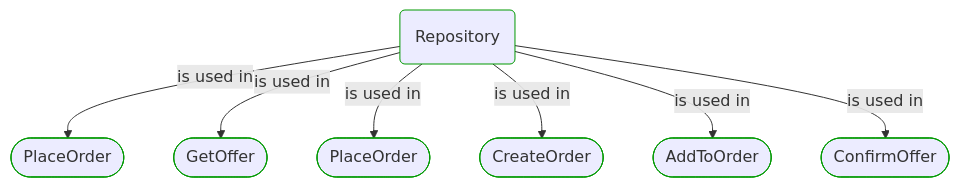
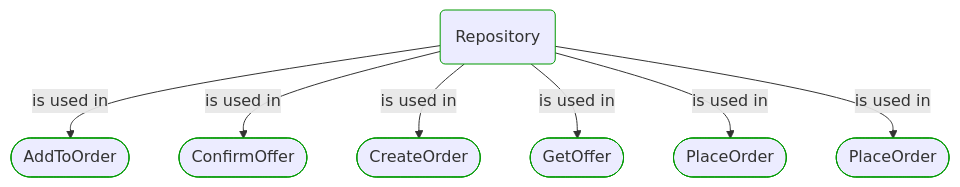
One commit to itlibrium/DDD-starter-dotnet changed the second of 2 diagrams in Docs/P3/MermaidOutput/BuildingBlocks/Sales/Orders/Repository.md. Above: the diagram before and after it, drawn with Mermaid. The commit also changed other lines of this file and 78 other files, not shown here.

````diff
--- a/Docs/P3/MermaidOutput/BuildingBlocks/Sales/Orders/Repository.md
+++ b/Docs/P3/MermaidOutput/BuildingBlocks/Sales/Orders/Repository.md
@@ -38,26 +38,26 @@
 ```mermaid
   flowchart TB
     0(Repository)
     class 0 DomainPerspective
-    1([PlaceOrder])
+    1([AddToOrder])
     class 1 DomainPerspective
     0-->|is used in|1
-    2([GetOffer])
+    2([ConfirmOffer])
     class 2 DomainPerspective
     0-->|is used in|2
-    3([PlaceOrder])
+    3([CreateOrder])
     class 3 DomainPerspective
     0-->|is used in|3
-    4([CreateOrder])
+    4([GetOffer])
     class 4 DomainPerspective
     0-->|is used in|4
-    5([AddToOrder])
+    5([PlaceOrder])
     class 5 DomainPerspective
     0-->|is used in|5
-    6([ConfirmOffer])
+    6([PlaceOrder])
     class 6 DomainPerspective
     0-->|is used in|6
     classDef DomainPerspective stroke:#009900
     classDef TechnologyPerspective stroke:#1F41EB
     classDef PeoplePerspective stroke:#FFF014
 ```
````
